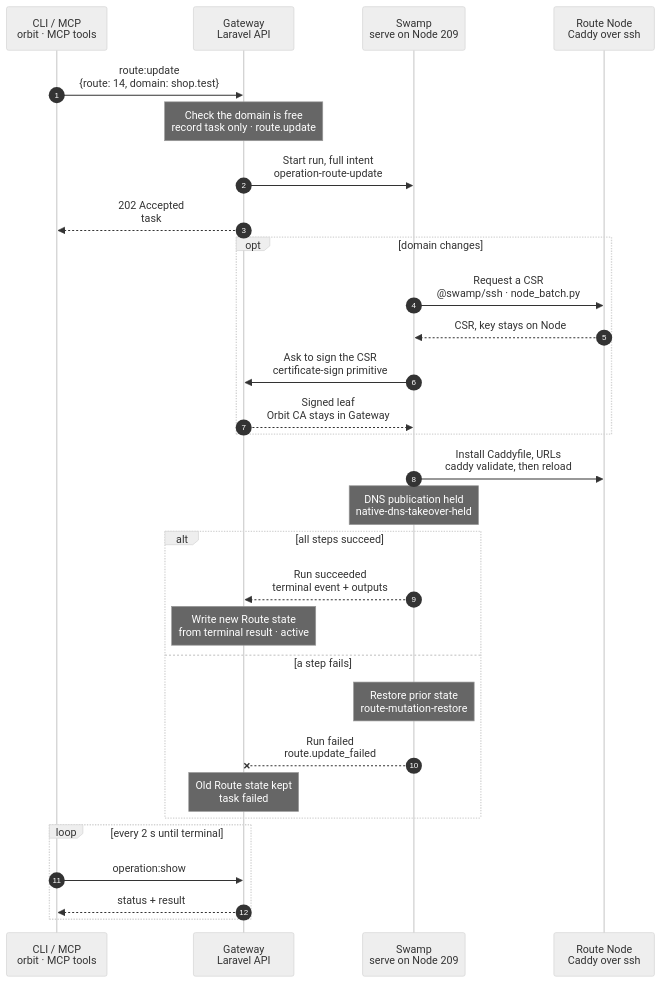
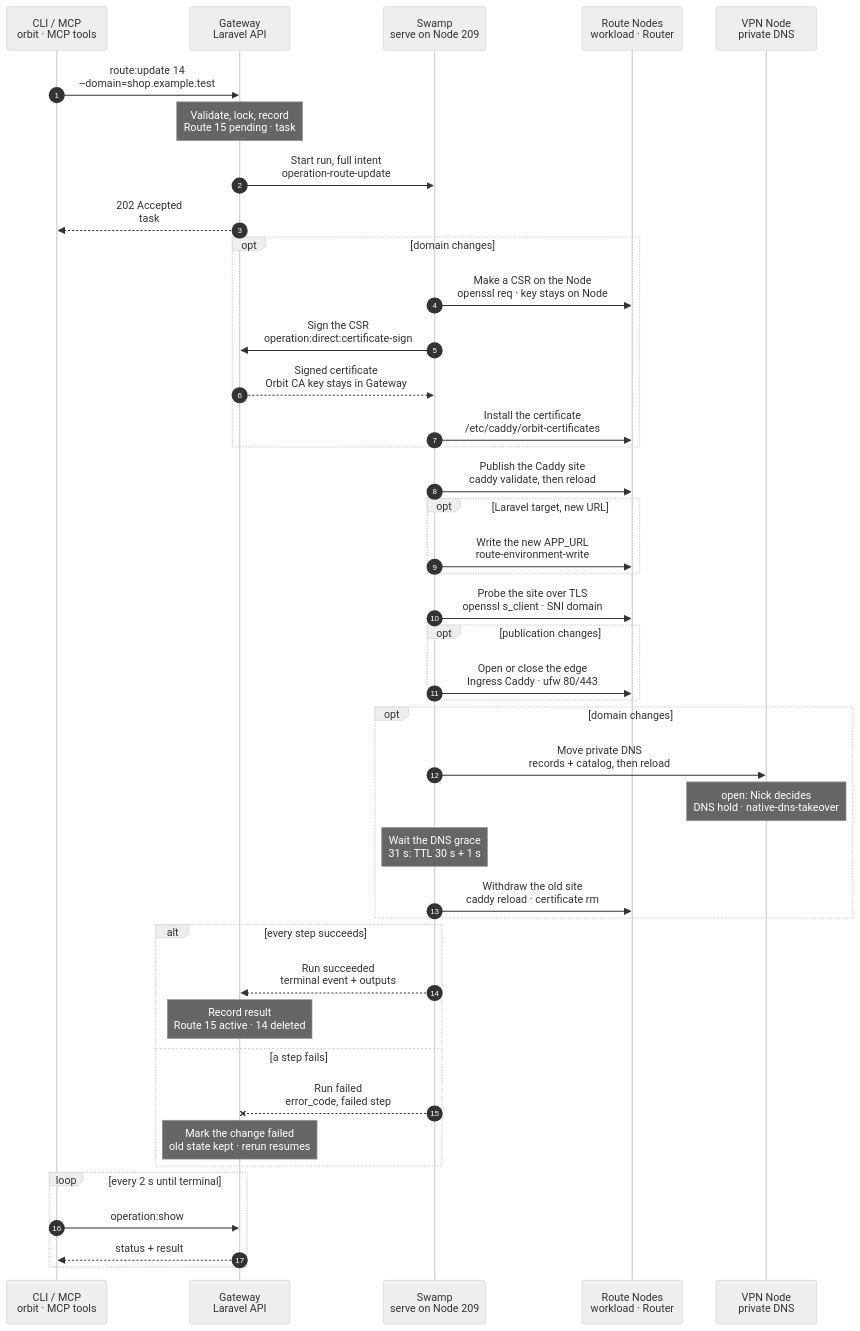
One commit to hardimpactdev/orbit changed the diagram in docs/flows/route.update.mmd. Above: the diagram before and after it, drawn with Mermaid (neutral theme). The commit also changed 15 other files, not shown here.

First line of the commit message:
docs(flows): wave 5 charts (routes, router, WireGuard, WebSocket, analytics) (#2438)

```diff
--- a/docs/flows/route.update.mmd
+++ b/docs/flows/route.update.mmd
@@ -1,36 +1,154 @@
 sequenceDiagram
-  %% Target design: ADR 0244 task + gateway-root-of-trust-keys (Gateway signs) + single-swamp-node; DECISIONS R2 (state from terminal result) + 2 (DNS held).
+  %% Target design: ADR 0244 task, DECISIONS R1-R4 + 2 (DNS hold), firewall.allow shape, Gateway signs CSRs (root-of-trust), single-swamp-node. docs/cli/route.mdx, docs/reference/routes.md (Change an existing Route).
   %% status: draft
+  %% command: route:update
   autonumber
   %% lane CLI icon=terminal pill=caller tone=gray
   %% lane GW icon=gateway pill=intent tone=blue
   %% lane SW icon=workflow pill=executes tone=green
   %% lane N icon=server pill=target tone=amber
+  %% lane V icon=server pill=target tone=purple
   participant CLI as CLI / MCP<br/>orbit · MCP tools
   participant GW as Gateway<br/>Laravel API
   participant SW as Swamp<br/>serve on Node 209
-  participant N as Route Node<br/>Caddy over ssh
-  CLI->>GW: route:update<br/>{route: 14, domain: shop.test}
-  Note over GW: Check the domain is free<br/>record task only · route.update
+  participant N as Route Nodes<br/>workload · Router
+  participant V as VPN Node<br/>private DNS
+  CLI->>GW: route:update 14<br/>--domain=shop.example.test
+  %%> Command:
+  %%> - `orbit route:update 14 --domain=shop.example.test`
+  %%> - syntax: `<route> [--domain=DOMAIN] [--publication=private|public] [--web-root=PATH]`
+  %%> Input:
+  %%> - Route 14, with at least one option
+  %%> - `--web-root` goes on its own; `--web-root=` clears it
+  %%> Three changes:
+  %%> - domain: a replacement Route takes over, so you get a new Route ID
+  %%> - publication: the public edge opens or closes; the Route ID stays
+  %%> - web root: the Caddy site serves another directory; the Route ID stays
+  Note over GW: Validate, lock, record<br/>Route 15 pending · task #5160
+  %%> Requirements:
+  %%> - your Node has an access grant to Node 7, the Node of the Route's target
+  %%> - Route 14 is an explicit app Route; generated domains change only through `instance:rename`
+  %%> - the new domain is valid, free, and not reserved
+  %%> - no other domain change runs for Route 14 (`route.domain_change_conflict`)
+  %%> - a public Route needs production targets and a serving Ingress
+  %%> Locks:
+  %%> - the projection lock and the environment owner of every target Instance
+  %%> - a busy lock is waited for up to 30 s, then `app-dev.projection_busy`
+  %%> Result:
+  %%> - for a domain change: replacement Route 15 recorded as `pending`, with the same Project, scope, targets and publication
+  %%> - Route 14 stays `active` and is still the only Route that serves
+  %%> - task #5160 recorded with the full intent; nothing has happened on a Node yet
   GW->>SW: Start run, full intent<br/>operation-route-update
+  %%> What it does:
+  %%> - starts one Swamp run on serve (Node 209)
+  %%> Inputs:
+  %%> - the rendered Caddy blocks before and after, per Node
+  %%> - the certificate leaves, LAN tuples, DNS records and probes
+  %%> - the new `APP_URL`; production `.env` material only as vault key names (R3)
+  %%> - each Node's address and SSH host keys; the SSH identity comes from the `swamp` role
   GW-->>CLI: 202 Accepted<br/>task #5160
+  %%> What you get:
+  %%> - the task number, at once
+  %%> Next:
+  %%> - the CLI follows the task with `operation:show`
   opt domain changes
-    SW->>N: Request a CSR<br/>@swamp/ssh · node_batch.py
-    N-->>SW: CSR, key stays on Node
-    SW->>GW: Ask to sign the CSR<br/>certificate-sign primitive
-    GW-->>SW: Signed leaf<br/>Orbit CA stays in Gateway
+    SW->>N: Make a CSR on the Node<br/>openssl req · key stays on Node
+    %%> How:
+    %%> - Swamp reaches Node 7, and the Router for a Cluster Route, over `@swamp/ssh` from 209
+    %%> What it does:
+    %%> - makes a new key and a certificate request for `shop.example.test`, under Route 15's own scope
+    %%> Why its own scope:
+    %%> - the old site keeps its certificate until cleanup, so both names serve during the change
+    SW->>GW: Sign the CSR<br/>operation:direct:certificate-sign
+    %%> What it does:
+    %%> - sends the CSRs with task #5160 and the run id
+    %%> Why:
+    %%> - the Orbit CA key stays in the Gateway; signing is the one step that calls the Gateway
+    GW-->>SW: Signed certificate<br/>Orbit CA key stays in Gateway
+    %%> Returns:
+    %%> - one public certificate bundle per leaf
+    SW->>N: Install the certificate<br/>/etc/caddy/orbit-certificates
+    %%> What it does:
+    %%> - writes the certificate next to its key, owned `root:caddy`, mode 0750, and checks it
   end
-  SW->>N: Install Caddyfile, URLs<br/>caddy validate, then reload
-  Note over SW: DNS publication held<br/>native-dns-takeover-held
-  alt all steps succeed
+  SW->>N: Publish the Caddy site<br/>caddy validate, then reload
+  %%> What it does:
+  %%> - domain: adds the new site next to the old one
+  %%> - web root: points the site at the new directory, after the web-root access step for a development target
+  %%> - validates the whole Caddyfile, then reloads Caddy; never a restart (rule 7)
+  %%> Refuses:
+  %%> - a validation error; the old Caddyfile stays in place
+  opt Laravel target, new URL
+    SW->>N: Write the new APP_URL<br/>route-environment-write
+    %%> What it does:
+    %%> - development: sets `APP_URL` in `.env` and in the cached configuration
+    %%> - production: renders the stored environment against the new Route and replaces only the home's `.env`
+    %%> Not included:
+    %%> - Composer, Artisan, deploy or restart commands
+  end
+  SW->>N: Probe the site over TLS<br/>openssl s_client · SNI domain
+  %%> What it does:
+  %%> - connects from 209 to the workload, or the Router, on port 443 with the new domain as SNI
+  %%> - requires a chain the Orbit root trusts
+  %%> Why:
+  %%> - nothing moves to the new state before the site serves
+  opt publication changes
+    SW->>N: Open or close the edge<br/>Ingress Caddy · ufw 80/443
+    %%> What it does:
+    %%> - public: publishes the Ingress site, then opens `orbit:ingress-http` and `orbit:ingress-https`
+    %%> - private: withdraws the Ingress site; closes both rules when no public Route is left in the Cluster
+    %%> Not included:
+    %%> - the public DNS record and Let's Encrypt issuance; Caddy retries issuance on its own
+  end
+  opt domain changes
+    SW->>V: Move private DNS<br/>records + catalog, then reload
+    %%> What it does:
+    %%> - publishes `shop.example.test` and removes `shop.test`
+    %%> - checks the loaded catalog and a DNS reply
+    %%> Cutover:
+    %%> - from here the new domain is the one that serves; a later failure recovers forward
+    Note over V: open: Nick decides<br/>DNS hold · native-dns-takeover
+    %%> Open:
+    %%> - DNS publication is under the DNS hold; Nick decides (rule 9)
+    %%> - until then, the run skips this step and Route work stays same-Node work
+    Note over SW: Wait the DNS grace<br/>31 s: TTL 30 s + 1 s
+    %%> Why:
+    %%> - resolvers that honor the TTL stop asking for the old name before its site leaves
+    %%> How:
+    %%> - a native wait in the run; it holds no Gateway lock
+    SW->>N: Withdraw the old site<br/>caddy reload · certificate rm
+    %%> What it does:
+    %%> - removes Route 14's site blocks and reloads Caddy
+    %%> - then removes Route 14's certificate scopes and the LAN tuples no other Route needs
+  end
+  alt every step succeeds
     SW-->>GW: Run succeeded<br/>terminal event + outputs
-    Note over GW: Write new Route state<br/>from terminal result · active
+    %%> How the Gateway learns it:
+    %%> - its shared run reader sees the terminal event; Swamp never calls the Gateway
+    Note over GW: Record result<br/>Route 15 active · 14 deleted
+    %%> Result:
+    %%> - domain: Route 15 becomes `active`; Route 14 is deleted and its domain released
+    %%> - publication or web root: Route 14 keeps its ID and gets the new value
+    %%> - task #5160 succeeds
   else a step fails
-    Note over SW: Restore prior state<br/>route-mutation-restore
-    SW--xGW: Run failed<br/>route.update_failed
-    Note over GW: Old Route state kept<br/>task failed
+    SW--xGW: Run failed<br/>error_code, failed step
+    %%> The Gateway reads:
+    %%> - which step failed, its error code, and whether DNS had moved
+    Note over GW: Mark the change failed<br/>old state kept · rerun resumes
+    %%> Result before the DNS move:
+    %%> - Route 15 is marked `failed`; Route 14 stays `active` and unchanged
+    %%> - the new site stays on the Node; it serves no name, so it is harmless
+    %%> Result after the DNS move:
+    %%> - Route 15 serves; Route 14 is `retiring` until a rerun finishes cleanup
+    %%> Retry:
+    %%> - run the same command again; it skips finished steps and continues
+    %%> - to abandon a change that never moved DNS, run `route:destroy 15`
   end
   loop every 2 s until terminal
     CLI->>GW: operation:show #5160
+    %%> What it does:
+    %%> - asks for the task's status every 2 seconds until it has ended
     GW-->>CLI: status + result
+    %%> Returns:
+    %%> - the current status, and the result once the task has ended
   end
```
